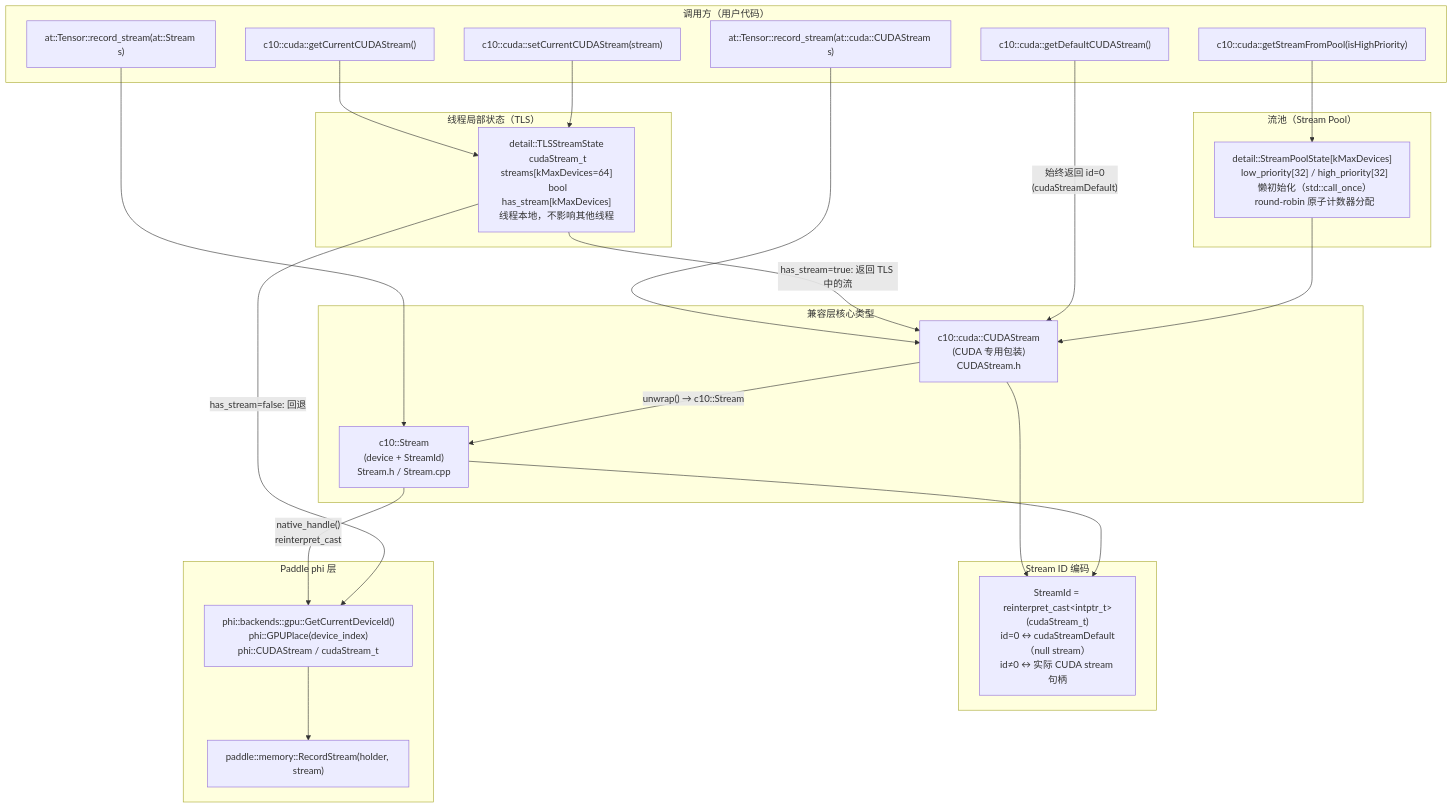
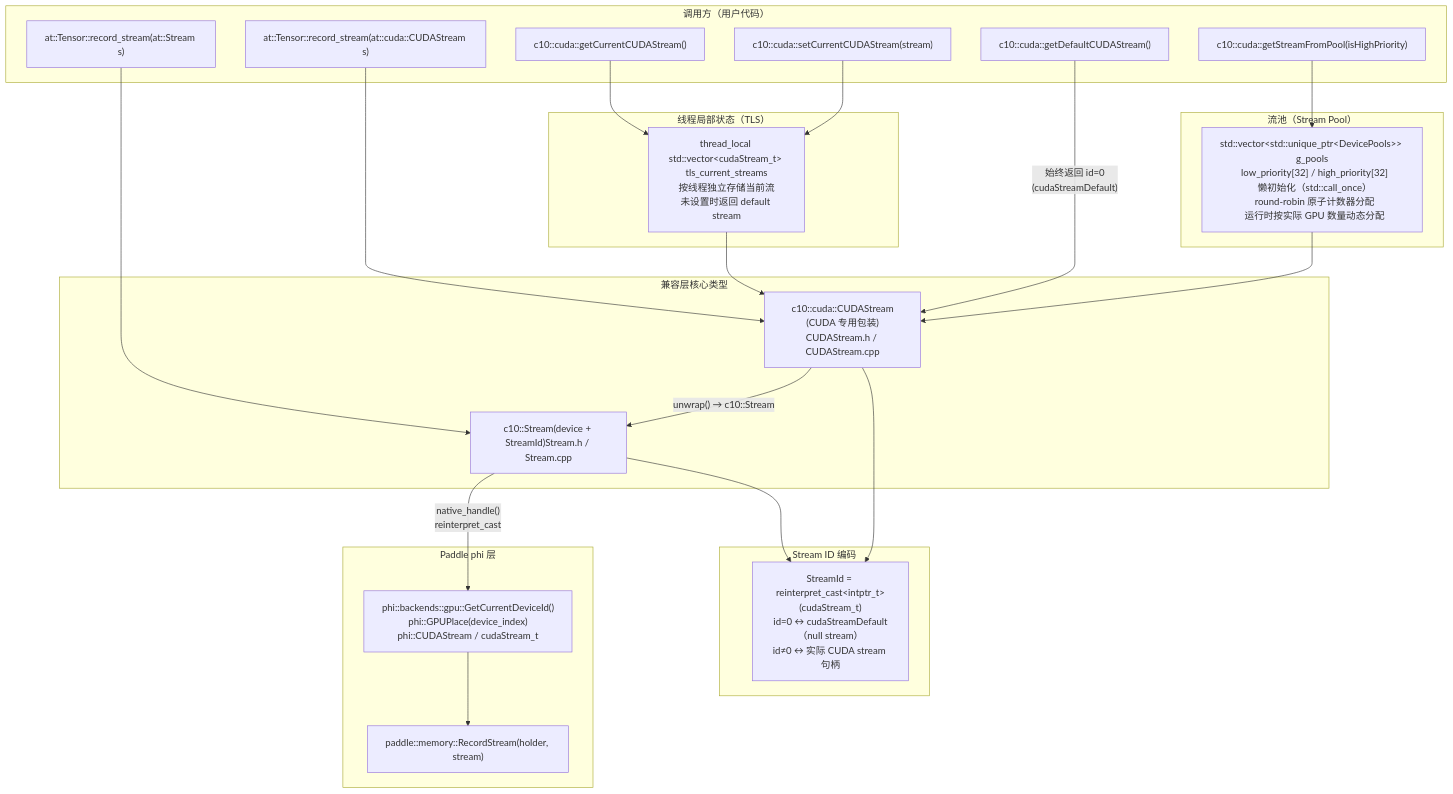
The diagram in doc/c10/core/stream_compat_arch.md (PFCCLab/PaddleCppAPITest), drawn with Mermaid before and after one commit. The commit also changed other lines of this file and 59 other files, not shown here.

Commit message:
update cuda_stream and other docs (#59)

````diff
--- a/doc/c10/core/stream_compat_arch.md
+++ b/doc/c10/core/stream_compat_arch.md
@@ -9,53 +9,66 @@
 ```mermaid
 graph TD
     subgraph "调用方（用户代码）"
         U1["at::Tensor::record_stream(at::Stream s)"]
         U2["at::Tensor::record_stream(at::cuda::CUDAStream s)"]
         U3["c10::cuda::getCurrentCUDAStream()"]
         U4["c10::cuda::setCurrentCUDAStream(stream)"]
         U5["c10::cuda::getDefaultCUDAStream()"]
         U6["c10::cuda::getStreamFromPool(isHighPriority)"]
     end
 
     subgraph "兼容层核心类型"
-        S["c10::Stream\n(device + StreamId)\nStream.h / Stream.cpp"]
-        CS["c10::cuda::CUDAStream\n(CUDA 专用包装)\nCUDAStream.h"]
+        S["c10::Stream(device + StreamId)Stream.h / Stream.cpp"]
+        CS["c10::cuda::CUDAStream
+(CUDA 专用包装)
+CUDAStream.h / CUDAStream.cpp"]
     end
 
     subgraph "Stream ID 编码"
-        ENC["StreamId = reinterpret_cast&lt;intptr_t&gt;(cudaStream_t)\nid=0 ↔ cudaStreamDefault（null stream）\nid≠0 ↔ 实际 CUDA stream 句柄"]
+        ENC["StreamId = reinterpret_cast&lt;intptr_t&gt;(cudaStream_t)
+id=0 ↔ cudaStreamDefault（null stream）
+id≠0 ↔ 实际 CUDA stream 句柄"]
     end
 
     subgraph "线程局部状态（TLS）"
-        TLS["detail::TLSStreamState\n  cudaStream_t streams[kMaxDevices=64]\n  bool has_stream[kMaxDevices]\n线程本地，不影响其他线程"]
+        TLS["thread_local std::vector&lt;cudaStream_t&gt; tls_current_streams
+按线程独立存储当前流
+未设置时返回 default stream"]
     end
 
     subgraph "流池（Stream Pool）"
-        POOL["detail::StreamPoolState[kMaxDevices]\n  low_priority[32] / high_priority[32]\n  懒初始化（std::call_once）\n  round-robin 原子计数器分配"]
+        POOL["std::vector&lt;std::unique_ptr&lt;DevicePools&gt;&gt; g_pools
+  low_priority[32] / high_priority[32]
+  懒初始化（std::call_once）
+  round-robin 原子计数器分配
+  运行时按实际 GPU 数量动态分配"]
     end
 
     subgraph "Paddle phi 层"
-        PHI["phi::backends::gpu::GetCurrentDeviceId()\nphi::GPUPlace(device_index)\nphi::CUDAStream / cudaStream_t"]
+        PHI["phi::backends::gpu::GetCurrentDeviceId()
+phi::GPUPlace(device_index)
+phi::CUDAStream / cudaStream_t"]
         MEM["paddle::memory::RecordStream(holder, stream)"]
     end
 
     U1 --> S
     U2 --> CS
     CS --> |"unwrap() → c10::Stream"| S
-    S --> |"native_handle()\nreinterpret_cast"| PHI
+    S --> |"native_handle()
+reinterpret_cast"| PHI
     PHI --> MEM
 
     U3 --> TLS
-    TLS --> |"has_stream=true: 返回 TLS 中的流"| CS
-    TLS --> |"has_stream=false: 回退"| PHI
+    TLS --> CS
 
     U4 --> TLS
 
-    U5 --> |"始终返回 id=0\n(cudaStreamDefault)"| CS
+    U5 --> |"始终返回 id=0
+(cudaStreamDefault)"| CS
 
     U6 --> POOL
     POOL --> CS
 
     CS --> ENC
     S --> ENC
 ```
````
